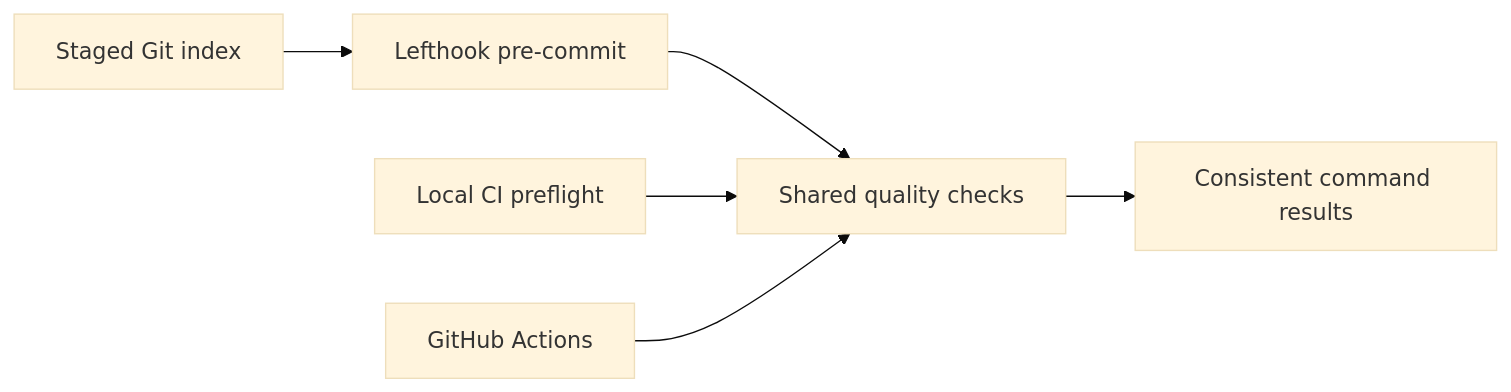
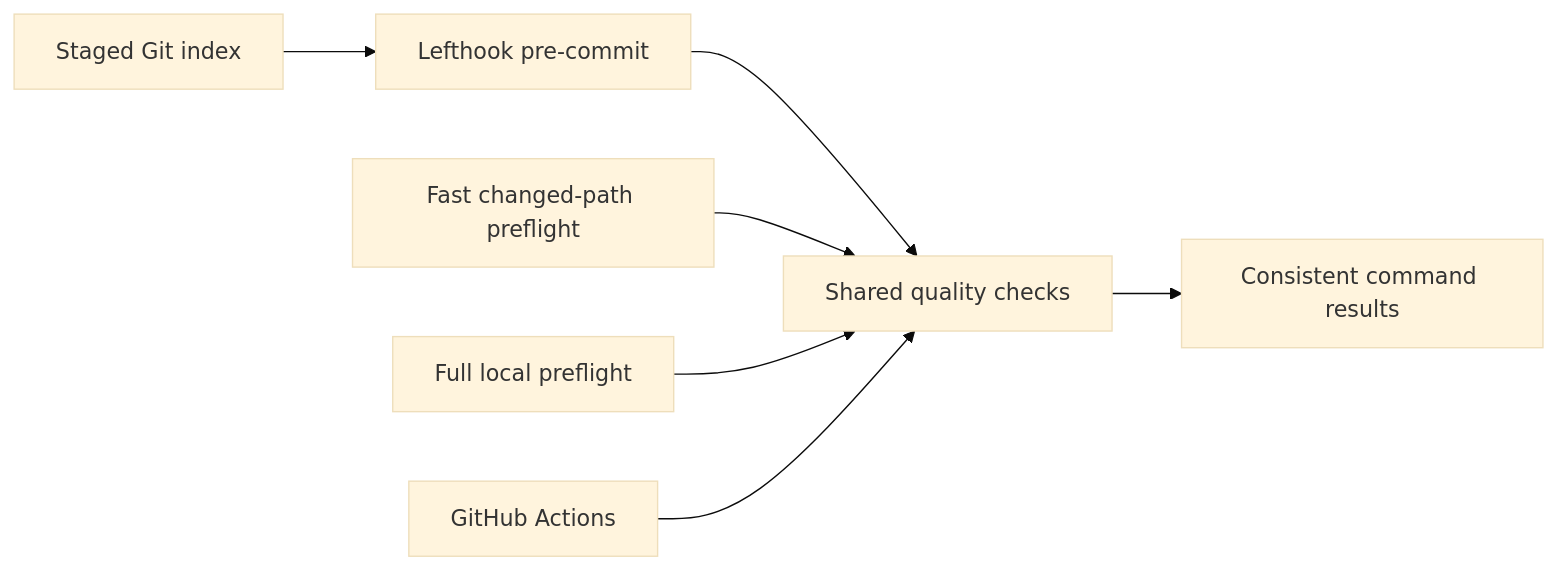
The diagram in apps/docs/content/docs/development/changes/shared-local-ci-checks/design.mdx (DotNaos/project-space), drawn with Mermaid (base theme) before and after one commit. The commit also changed other lines of this file and 10 other files, not shown here.

Commit message:
Split fast and full local preflight

````diff
--- a/apps/docs/content/docs/development/changes/shared-local-ci-checks/design.mdx
+++ b/apps/docs/content/docs/development/changes/shared-local-ci-checks/design.mdx
@@ -20,8 +22,9 @@
 ```mermaid
 flowchart LR
     Index[Staged Git index] --> Hook[Lefthook pre-commit]
     Hook --> Registry[Shared quality checks]
-    Local[Local CI preflight] --> Registry
+    Fast[Fast changed-path preflight] --> Registry
+    Full[Full local preflight] --> Registry
     CI[GitHub Actions] --> Registry
     Registry --> Evidence[Consistent command results]
 ```
````
